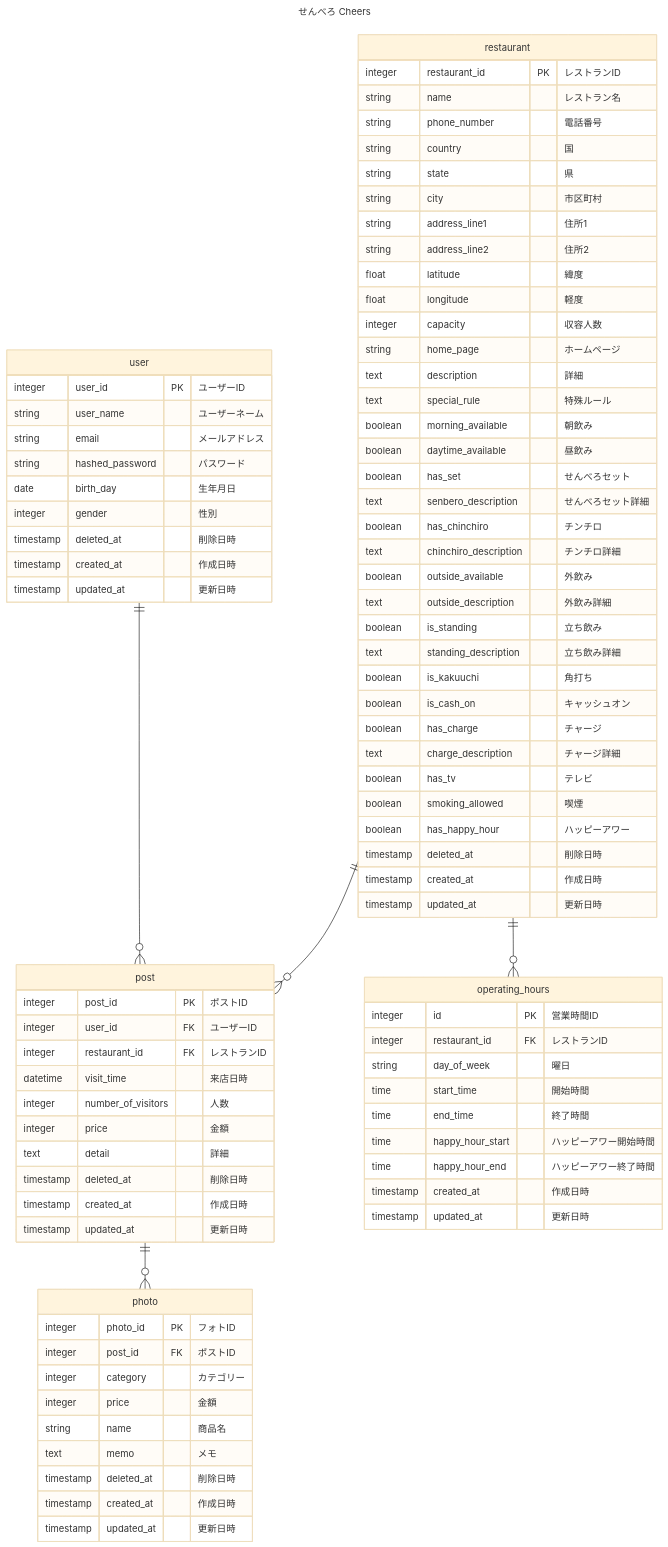
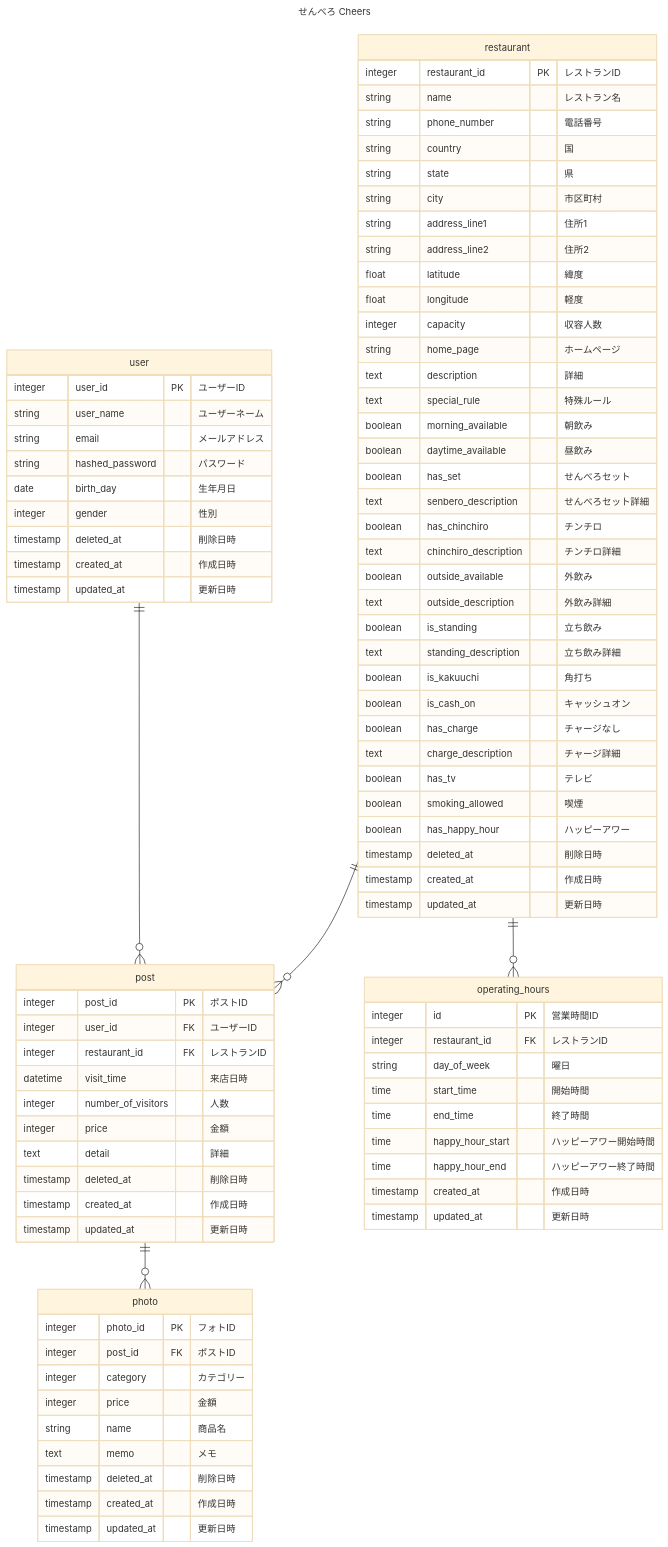
Before and after one commit to yuta-kinouchi/senbero-next: the diagram in README.md, drawn with Mermaid (base theme). The commit also changed 4 other files, not shown here.

```diff
--- a/README.md
+++ b/README.md
@@ -91,7 +91,7 @@
         text standing_description "立ち飲み詳細"
         boolean is_kakuuchi "角打ち"
         boolean is_cash_on "キャッシュオン"
-        boolean has_charge "チャージ"
+        boolean has_charge "チャージなし"
         text charge_description "チャージ詳細"
         boolean has_tv "テレビ"
         boolean smoking_allowed "喫煙"
```
